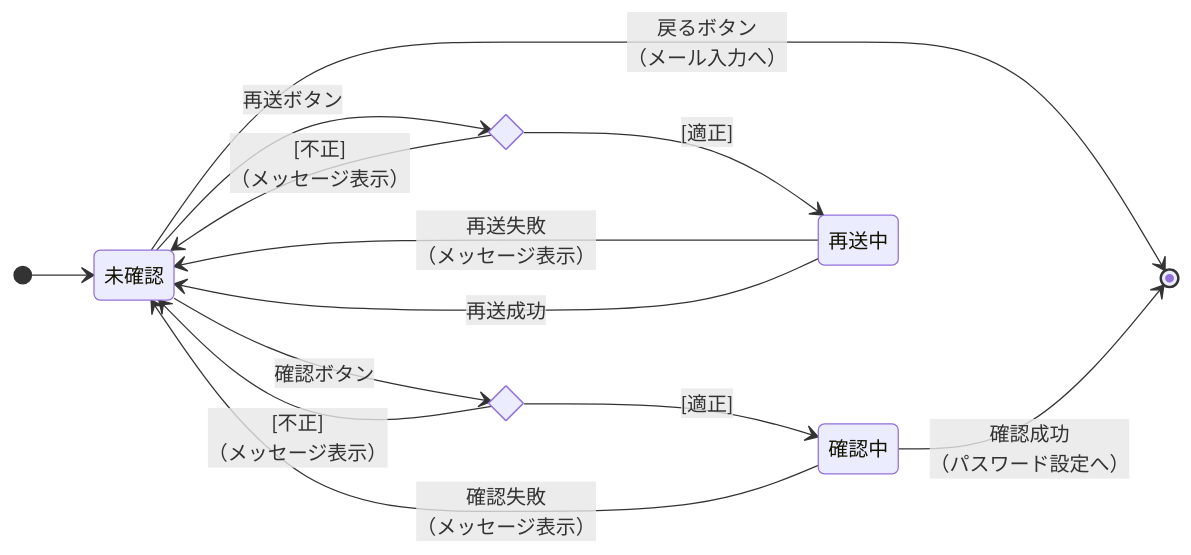
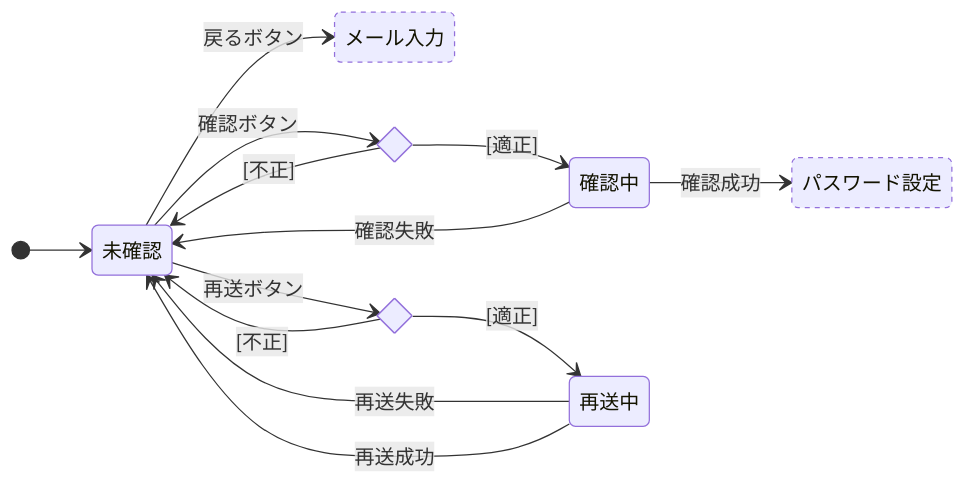
Before and after one commit to yukiyamasaki6/aims: the ninth of 10 diagrams in docs/screen-state.md, drawn with Mermaid. The commit also changed other lines of this file, not shown here.

First line of the commit message:
docs: screen-state.mdの状態遷移図の表記を整理する (#355)

````diff
--- a/docs/screen-state.md
+++ b/docs/screen-state.md
@@ -225,23 +257,29 @@
 ```mermaid
 stateDiagram-v2
     direction LR
+    state "メール入力" as EmailStep
+    state "パスワード設定" as PasswordStep
+
     [*] --> 未確認
 
     state c1 <<choice>>
     未確認 --> c1: 確認ボタン
     c1 --> 確認中: [適正]
-    c1 --> 未確認: [不正]<br/>（メッセージ表示）
+    c1 --> 未確認: [不正]
 
     state c2 <<choice>>
     未確認 --> c2: 再送ボタン
     c2 --> 再送中: [適正]
-    c2 --> 未確認: [不正]<br/>（メッセージ表示）
+    c2 --> 未確認: [不正]
 
-    未確認 --> [*]: 戻るボタン<br/>（メール入力へ）
+    未確認 --> EmailStep: 戻るボタン
 
-    確認中 --> 未確認: 確認失敗<br/>（メッセージ表示）
-    確認中 --> [*]: 確認成功<br/>（パスワード設定へ）
+    確認中 --> 未確認: 確認失敗
+    確認中 --> PasswordStep: 確認成功
 
-    再送中 --> 未確認: 再送失敗<br/>（メッセージ表示）
+    再送中 --> 未確認: 再送失敗
     再送中 --> 未確認: 再送成功
+
+    classDef external stroke-dasharray: 4 4
+    class EmailStep,PasswordStep external
 ```
````
